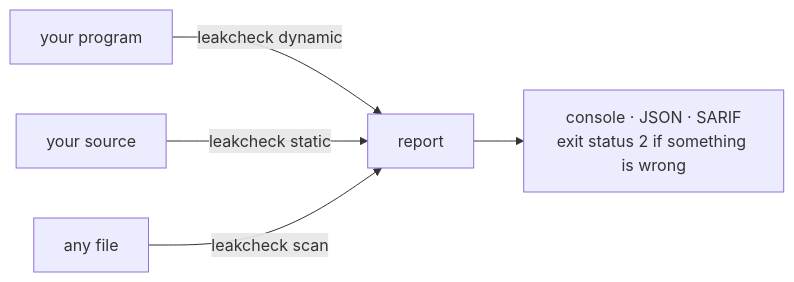
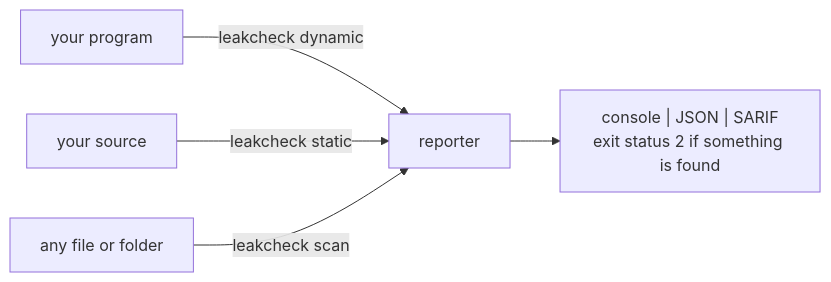
The diagram in README.md (voidstackloop/drydock), drawn with Mermaid before and after one commit. The commit also changed other lines of this file and 1593 other files, not shown here.

````diff
--- a/README.md
+++ b/README.md
@@ -8,7 +7,7 @@
 ```mermaid
 flowchart LR
-  P["your program"] -->|"leakcheck dynamic"| R["report"]
-  S["your source"] -->|"leakcheck static"| R
-  F["any file"] -->|"leakcheck scan"| R
-  R --> O["console · JSON · SARIF<br/>exit status 2 if something is wrong"]
+  P["your program"] --> |"leakcheck dynamic"| R["reporter"]
+  S["your source"] --> |"leakcheck static"| R
+  F["any file or folder"] --> |"leakcheck scan"| R
+  R --> O["console | JSON | SARIF<br/>exit status 2 if something is found"]
 ```
````
